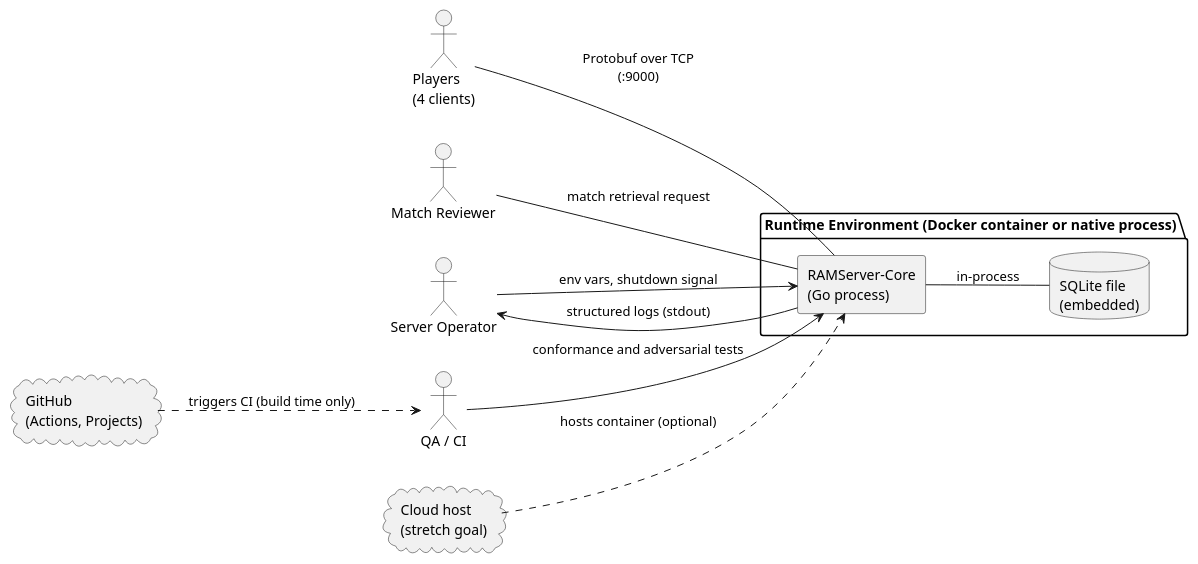
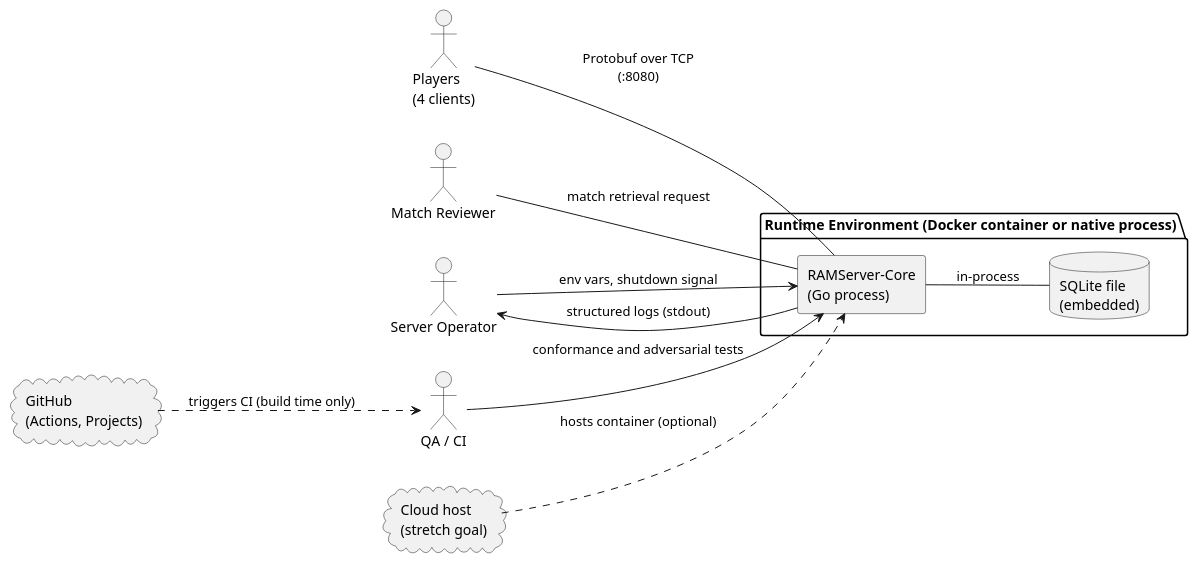
Before and after one commit to stevenlagoy/RAMServer-Core: the diagram in docs/context_diagram.plantuml, drawn with PlantUML. The commit also changed 7 other files, not shown here.

```diff
--- a/docs/context_diagram.plantuml
+++ b/docs/context_diagram.plantuml
@@ -1,26 +1,26 @@
 @startuml context_diagram
 left to right direction
 skinparam componentStyle rectangle
 
 actor "Players\n(4 clients)" as Players
 actor "Match Reviewer" as Reviewer
 actor "Server Operator" as Operator
 actor "QA / CI" as QA
 
 package "Runtime Environment (Docker container or native process)" {
   rectangle "RAMServer-Core\n(Go process)" as Core
   database "SQLite file\n(embedded)" as DB
   Core -- DB : in-process
 }
 
 cloud "GitHub\n(Actions, Projects)" as GH
 cloud "Cloud host\n(stretch goal)" as Cloud
 
-Players -- Core : Protobuf over TCP\n(:9000)
+Players -- Core : Protobuf over TCP\n(:8080)
 Reviewer -- Core : match retrieval request
 Operator --> Core : env vars, shutdown signal
 Core --> Operator : structured logs (stdout)
 QA --> Core : conformance and adversarial tests
 GH ..> QA : triggers CI (build time only)
 Cloud ..> Core : hosts container (optional)
 @enduml
```
